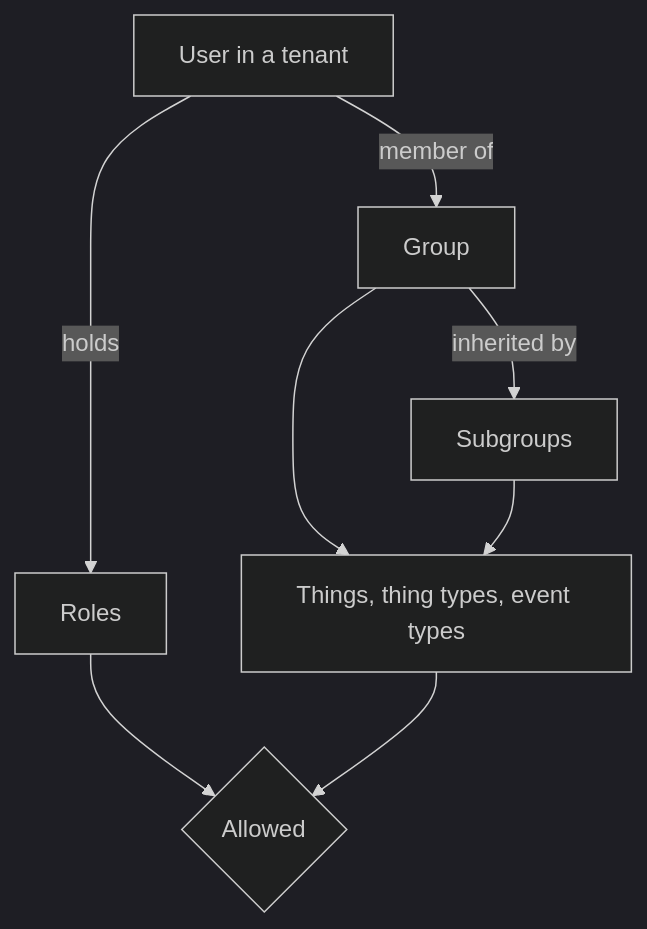
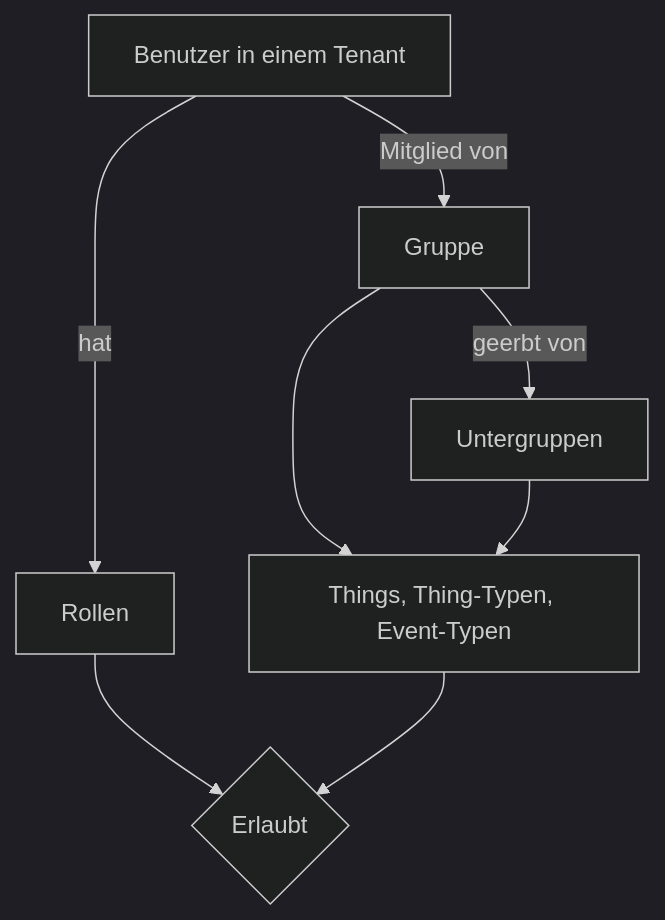
One commit to nimbit-platform/nimbit-docs changed the diagram in i18n/de/docusaurus-plugin-content-docs/current/administer/access.mdx. Above: the diagram before and after it, drawn with Mermaid (dark theme). The commit also changed other lines of this file and 135 other files, not shown here.

````diff
--- a/i18n/de/docusaurus-plugin-content-docs/current/administer/access.mdx
+++ b/i18n/de/docusaurus-plugin-content-docs/current/administer/access.mdx
@@ -13,10 +13,10 @@
 ```mermaid
 flowchart TD
-  U[User in a tenant] -->|holds| R[Roles]
-  U -->|member of| G[Group]
-  G -->|inherited by| SG[Subgroups]
-  G --> C[Things, thing types, event types]
+  U[Benutzer in einem Tenant] -->|hat| R[Rollen]
+  U -->|Mitglied von| G[Gruppe]
+  G -->|geerbt von| SG[Untergruppen]
+  G --> C[Things, Thing-Typen, Event-Typen]
   SG --> C
-  R --> K{Allowed}
+  R --> K{Erlaubt}
   C --> K
 ```
````
